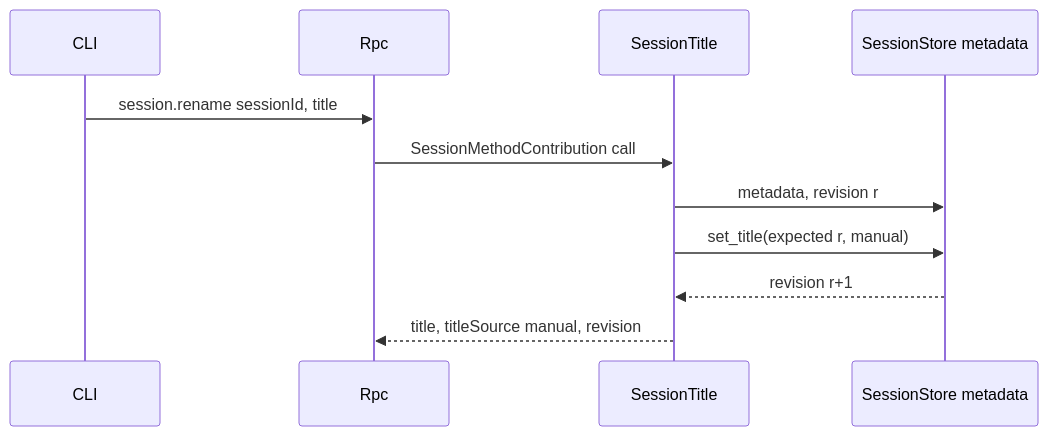
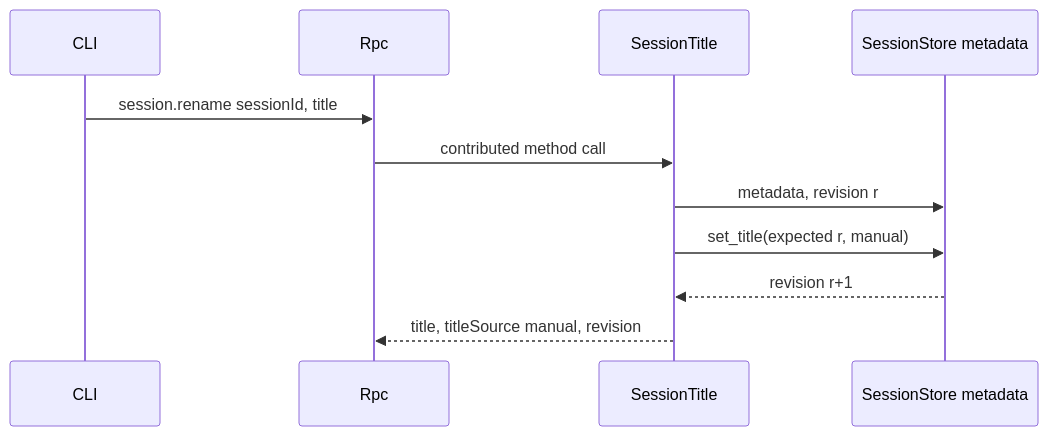
Before and after one commit to CoutinhoTTS/dim-agent: the fourth of 5 diagrams in docs/design/plugins/SessionTitle.md, drawn with Mermaid. The commit also changed other lines of this file and 3 other files, not shown here.

````diff
--- a/docs/design/plugins/SessionTitle.md
+++ b/docs/design/plugins/SessionTitle.md
@@ -96,13 +96,13 @@
 ```mermaid
 sequenceDiagram
   participant CLI
   participant Rpc
   participant ST as SessionTitle
   participant Meta as SessionStore metadata
   CLI->>Rpc: session.rename sessionId, title
-  Rpc->>ST: SessionMethodContribution call
+  Rpc->>ST: contributed method call
   ST->>Meta: metadata, revision r
   ST->>Meta: set_title(expected r, manual)
   Meta-->>ST: revision r+1
   ST-->>Rpc: title, titleSource manual, revision
 ```
````
